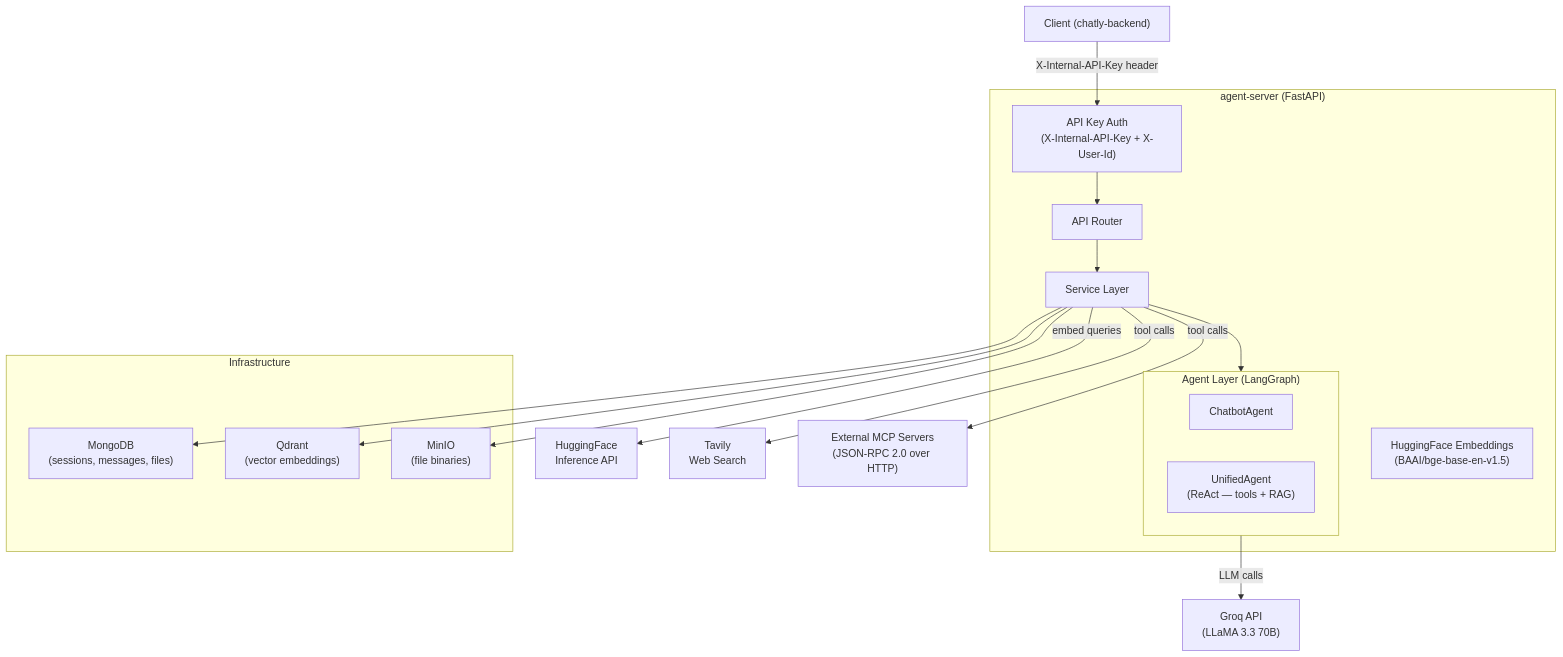
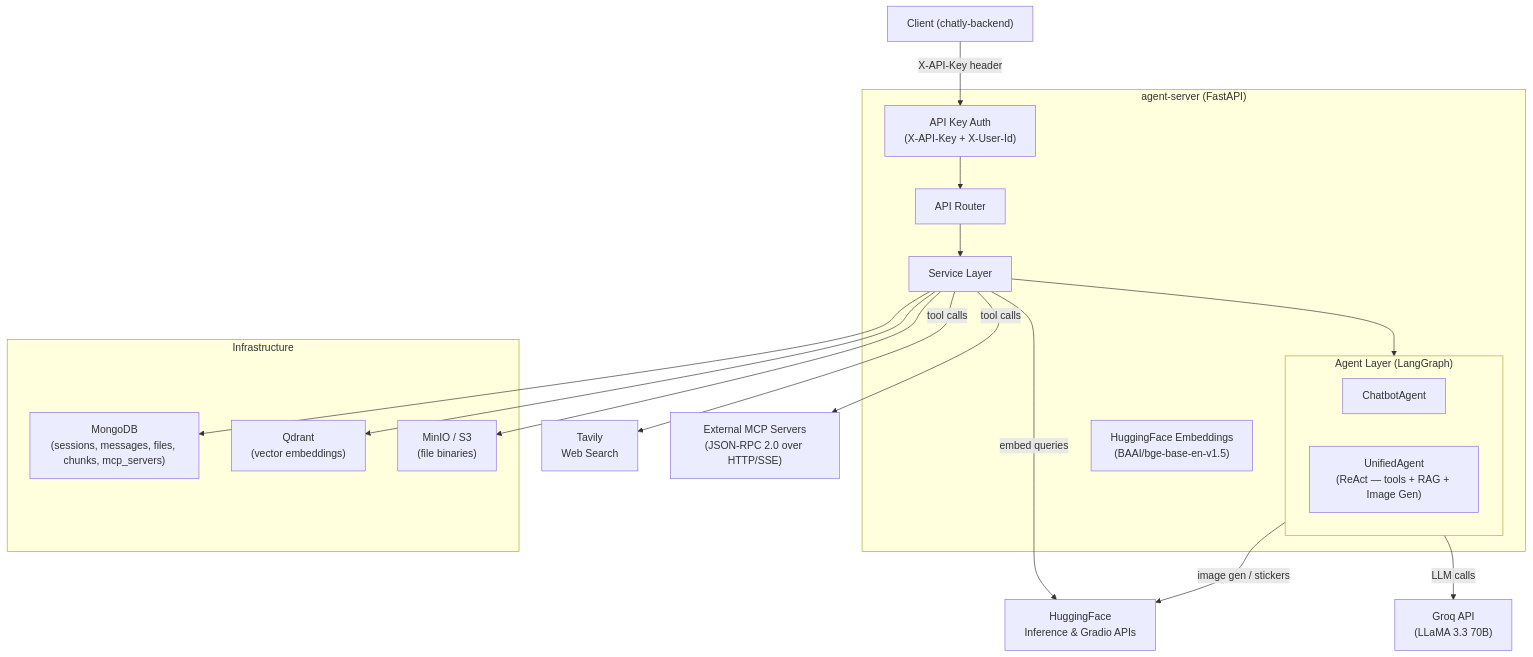
Before and after one commit to giasinguyen/chatly-messaging-platform: the first of 12 diagrams in chatly-agent/ARCHITECTURE.md, drawn with Mermaid. The commit also changed other lines of this file and 2 other files, not shown here.

Commit message:
feat: update documentation to reflect image generation capabilities and API key changes

````diff
--- a/chatly-agent/ARCHITECTURE.md
+++ b/chatly-agent/ARCHITECTURE.md
@@ -23,40 +23,41 @@
 ```mermaid
 graph TB
     Client["Client (chatly-backend)"] 
 
     subgraph agent-server ["agent-server (FastAPI)"]
-        Auth["API Key Auth\n(X-Internal-API-Key + X-User-Id)"]
+        Auth["API Key Auth\n(X-API-Key + X-User-Id)"]
         Router["API Router"]
         Service["Service Layer"]
 
         subgraph Agents["Agent Layer (LangGraph)"]
             CB["ChatbotAgent"]
-            UA["UnifiedAgent\n(ReAct — tools + RAG)"]
+            UA["UnifiedAgent\n(ReAct — tools + RAG + Image Gen)"]
         end
 
         Embed["HuggingFace Embeddings\n(BAAI/bge-base-en-v1.5)"]
     end
 
     Groq["Groq API\n(LLaMA 3.3 70B)"]
-    HF["HuggingFace\nInference API"]
+    HF["HuggingFace\nInference & Gradio APIs"]
     Tavily["Tavily\nWeb Search"]
-    MCP["External MCP Servers\n(JSON-RPC 2.0 over HTTP)"]
+    MCP["External MCP Servers\n(JSON-RPC 2.0 over HTTP/SSE)"]
 
     subgraph Infra["Infrastructure"]
-        Mongo["MongoDB\n(sessions, messages, files)"]
+        Mongo["MongoDB\n(sessions, messages, files, chunks, mcp_servers)"]
         Qdrant["Qdrant\n(vector embeddings)"]
-        MinIO["MinIO\n(file binaries)"]
+        MinIO["MinIO / S3\n(file binaries)"]
     end
 
-    Client -->|"X-Internal-API-Key header"| Auth
+    Client -->|"X-API-Key header"| Auth
     Auth --> Router
     Router --> Service
     Service --> Agents
     Agents -->|"LLM calls"| Groq
     Service -->|"embed queries"| HF
     Service -->|"tool calls"| Tavily
     Service -->|"tool calls"| MCP
+    Agents -->|"image gen / stickers"| HF
     Service --> Mongo
     Service --> Qdrant
     Service --> MinIO
 ```
````
